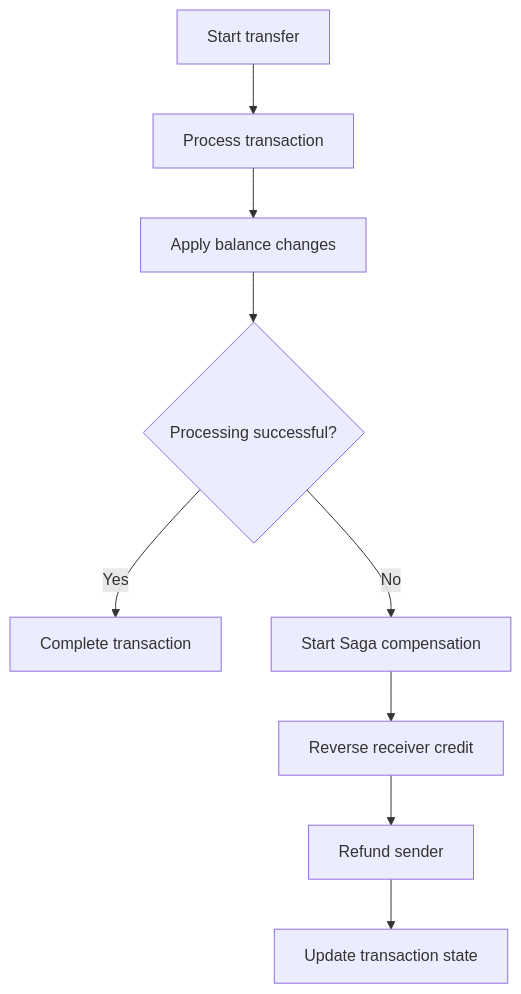
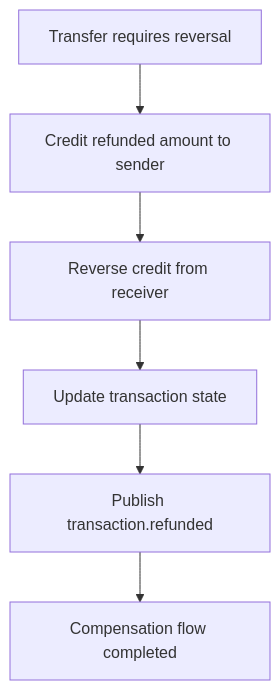
The third of 4 diagrams in README.md (brimazidane1/Banking-FraudDetectionSystem), drawn with Mermaid before and after one commit. The commit also changed other lines of this file, not shown here.

````diff
--- a/README.md
+++ b/README.md
@@ -160,13 +366,15 @@
-```mermaid
+``` mermaid
 flowchart TD
-    A[Start transfer] --> B[Process transaction]
-    B --> C[Apply balance changes]
-    C --> D{Processing successful?}
+    Start[Transfer requires reversal]
+    Sender[Credit refunded amount to sender]
+    Receiver[Reverse credit from receiver]
+    State[Update transaction state]
+    Event[Publish transaction.refunded]
+    Done[Compensation flow completed]
 
-    D -->|Yes| E[Complete transaction]
-    D -->|No| F[Start Saga compensation]
-
-    F --> G[Reverse receiver credit]
-    G --> H[Refund sender]
-    H --> I[Update transaction state]
+    Start --> Sender
+    Sender --> Receiver
+    Receiver --> State
+    State --> Event
+    Event --> Done
 ```
````
